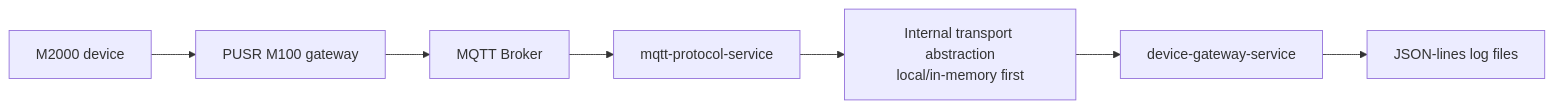
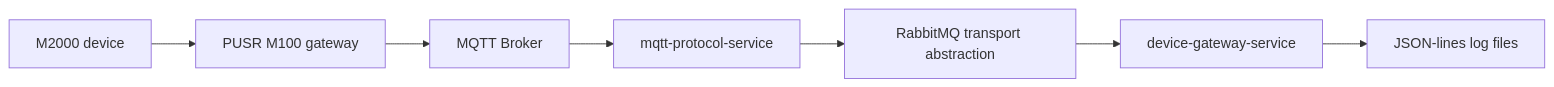
The diagram in docs/03-architecture.md (kme-solution/SignalEye), drawn with Mermaid before and after one commit. The commit also changed other lines of this file and 6 other files, not shown here.

Commit message:
Align transport documentation with RabbitMQ implementation

````diff
--- a/docs/03-architecture.md
+++ b/docs/03-architecture.md
@@ -5,9 +5,9 @@
 ```mermaid
 flowchart LR
     M2000[M2000 device] --> PUSR[PUSR M100 gateway]
     PUSR --> Broker[MQTT Broker]
     Broker --> MQTT[mqtt-protocol-service]
-    MQTT --> Transport[Internal transport abstraction\nlocal/in-memory first]
+    MQTT --> Transport[RabbitMQ transport abstraction]
     Transport --> Gateway[device-gateway-service]
     Gateway --> Logs[JSON-lines log files]
 ```
````
